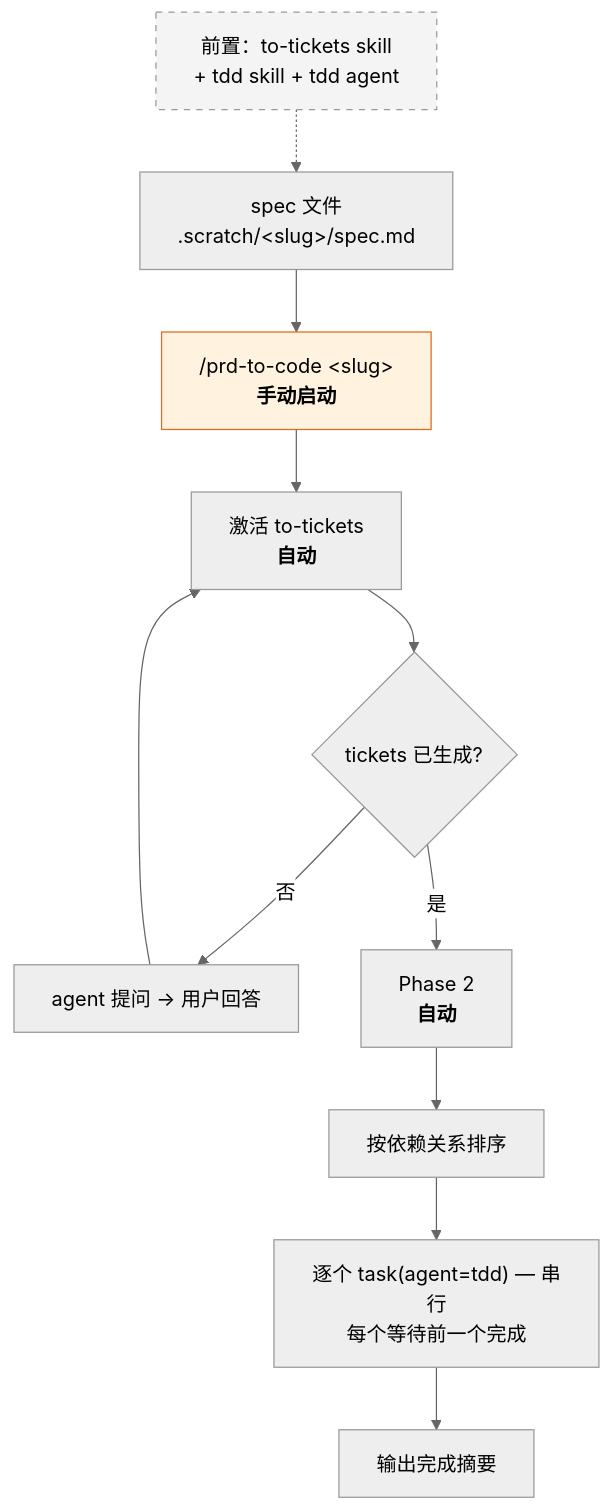
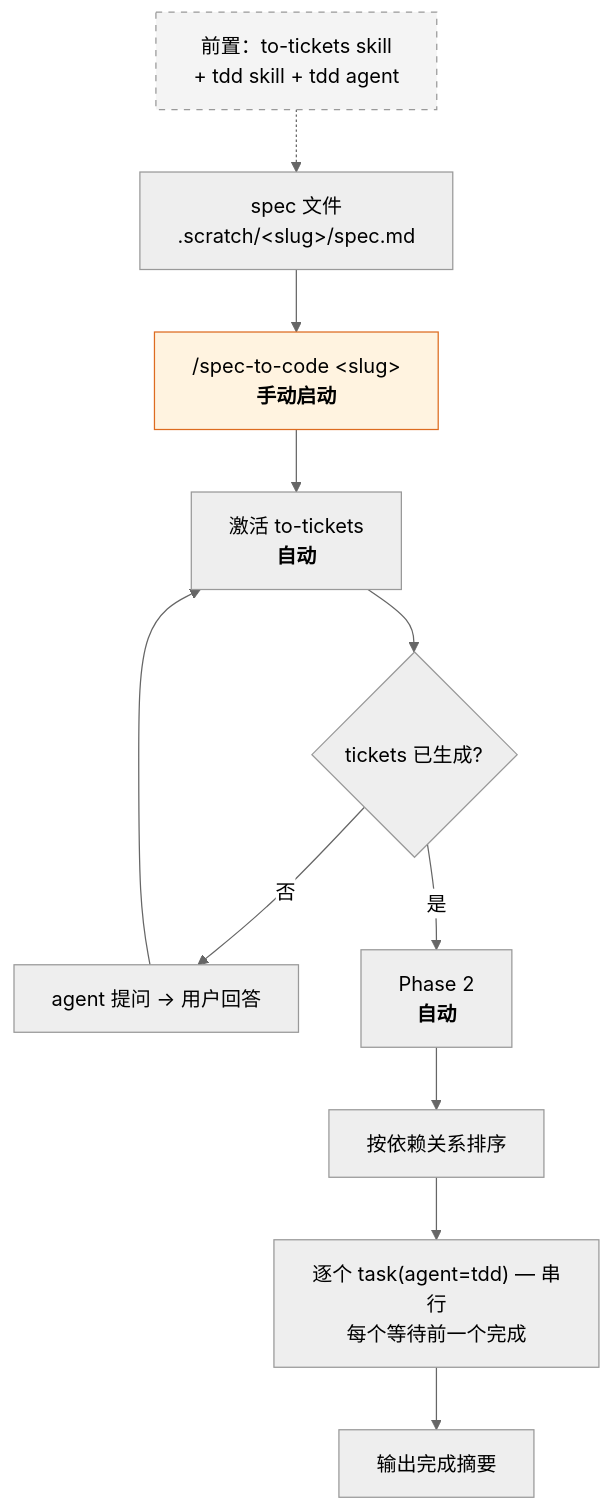
One commit to hugosol/oh-my-wayfinder changed the second of 2 diagrams in README.cn.md. Above: the diagram before and after it, drawn with Mermaid (neutral theme). The commit also changed other lines of this file and 2 other files, not shown here.

Commit message:
rename to spec-to-code

````diff
--- a/README.cn.md
+++ b/README.cn.md
@@ -85,15 +85,15 @@
 ```mermaid
 flowchart TD
     PRE["前置：to-tickets skill<br/>+ tdd skill + tdd agent"] -.-> P
-    P["spec 文件<br/>.scratch/&lt;slug&gt;/spec.md"] --> C["/prd-to-code &lt;slug&gt;<br/><b>手动启动</b>"]
+    P["spec 文件<br/>.scratch/&lt;slug&gt;/spec.md"] --> C["/spec-to-code &lt;slug&gt;<br/><b>手动启动</b>"]
     C --> A["激活 to-tickets<br/><b>自动</b>"]
     A --> Q{"tickets 已生成?"}
     Q -->|"否"| QA["agent 提问 → 用户回答"] --> A
     Q -->|"是"| P2["Phase 2<br/><b>自动</b>"]
     P2 --> ORD["按依赖关系排序"]
     ORD --> TD["逐个 task(agent=tdd) — 串行<br/>每个等待前一个完成"]
     TD --> DONE["输出完成摘要"]
 
     style C fill:#fff3e0,stroke:#dd6b20
     style PRE fill:#f4f4f4,stroke:#999,stroke-dasharray:5 5
 ```
````
